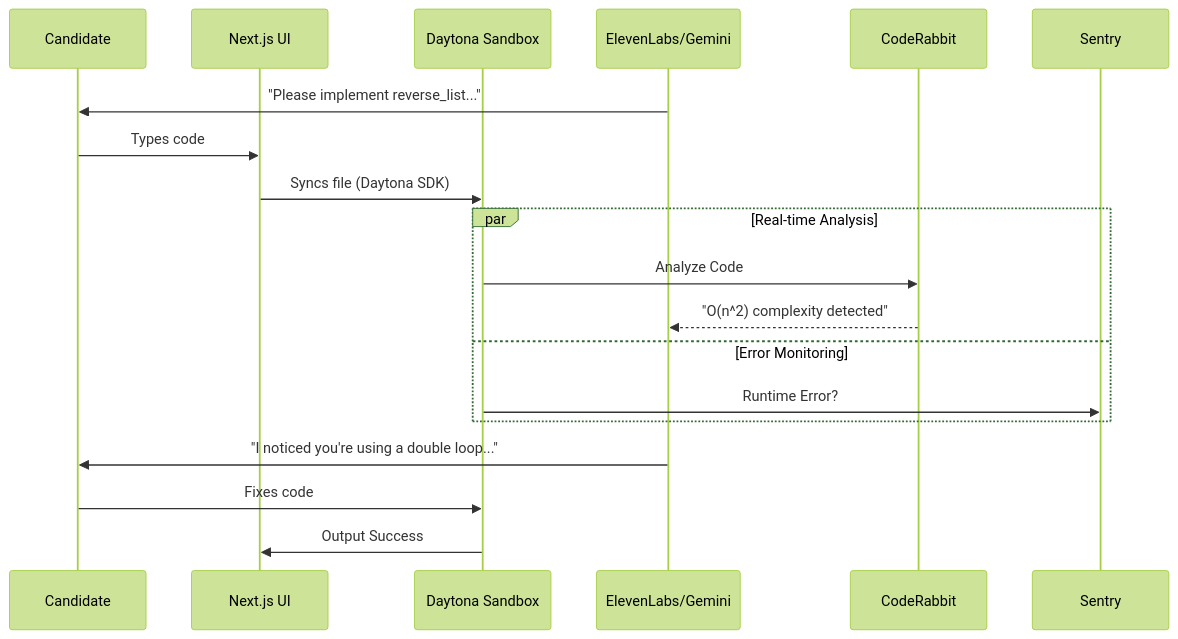
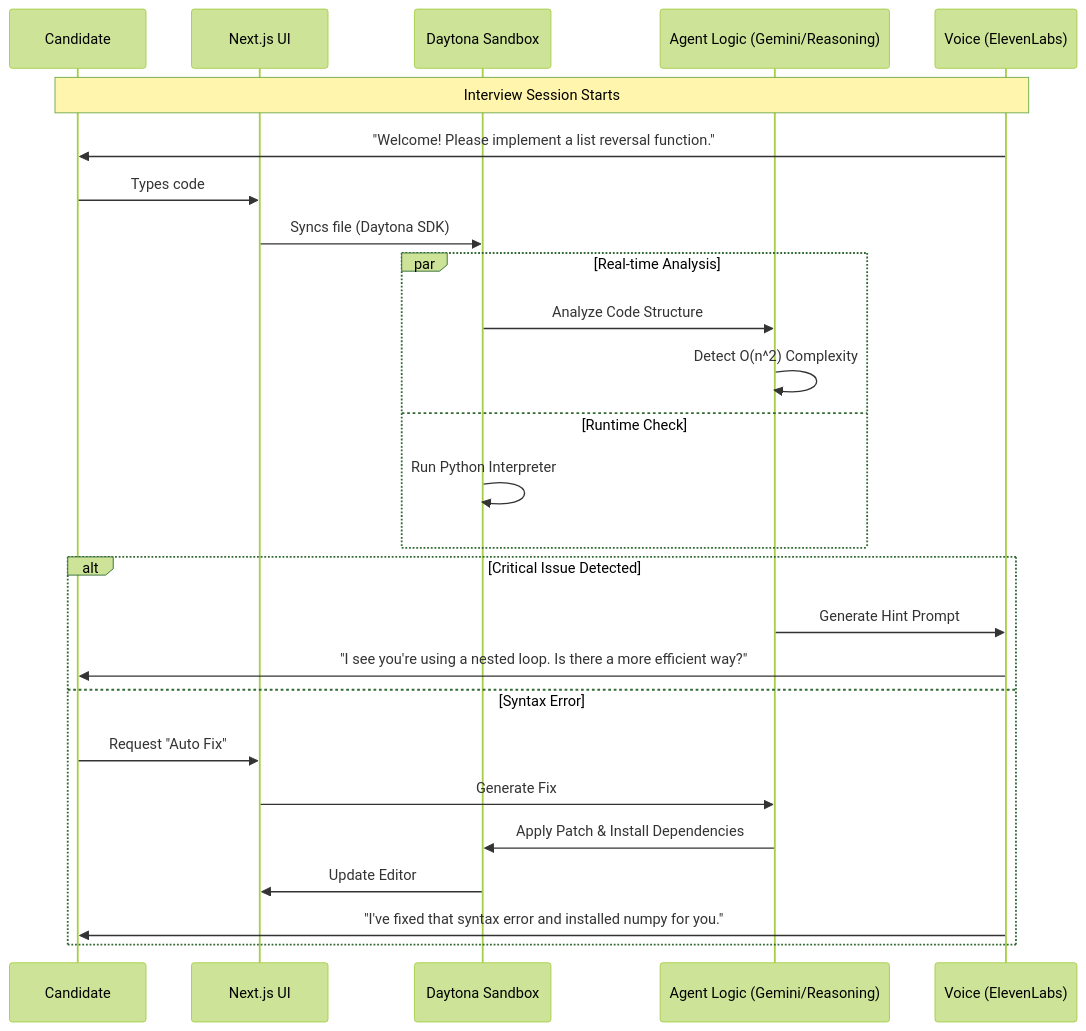
Before and after one commit to nihalnihalani/TRAE-MiniMax-Hackathon: the diagram in README.md, drawn with Mermaid (forest theme). The commit also changed other lines of this file, not shown here.

First line of the commit message:
Major README overhaul: Detailed documentation and project structure

````diff
--- a/README.md
+++ b/README.md
@@ -22,24 +38,32 @@
 ```mermaid
 sequenceDiagram
     participant C as Candidate
     participant UI as Next.js UI
     participant D as Daytona Sandbox
-    participant AI as ElevenLabs/Gemini
-    participant CR as CodeRabbit
-    participant S as Sentry
+    participant AI as Agent Logic (Gemini/Reasoning)
+    participant V as Voice (ElevenLabs)
 
-    AI->>C: "Please implement reverse_list..."
+    Note over C, V: Interview Session Starts
+
+    V->>C: "Welcome! Please implement a list reversal function."
     C->>UI: Types code
     UI->>D: Syncs file (Daytona SDK)
     
     par Real-time Analysis
-        D->>CR: Analyze Code
-        CR-->>AI: "O(n^2) complexity detected"
-    and Error Monitoring
-        D->>S: Runtime Error?
+        D->>AI: Analyze Code Structure
+        AI->>AI: Detect O(n^2) Complexity
+    and Runtime Check
+        D->>D: Run Python Interpreter
     end
     
-    AI->>C: "I noticed you're using a double loop..."
-    C->>D: Fixes code
-    D->>UI: Output Success
+    alt Critical Issue Detected
+        AI->>V: Generate Hint Prompt
+        V->>C: "I see you're using a nested loop. Is there a more efficient way?"
+    else Syntax Error
+        C->>UI: Request "Auto Fix"
+        UI->>AI: Generate Fix
+        AI->>D: Apply Patch & Install Dependencies
+        D->>UI: Update Editor
+        V->>C: "I've fixed that syntax error and installed numpy for you."
+    end
 ```
````
